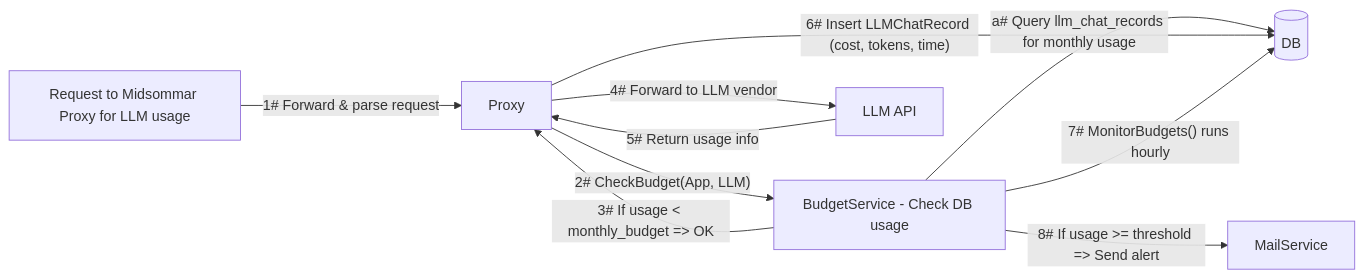
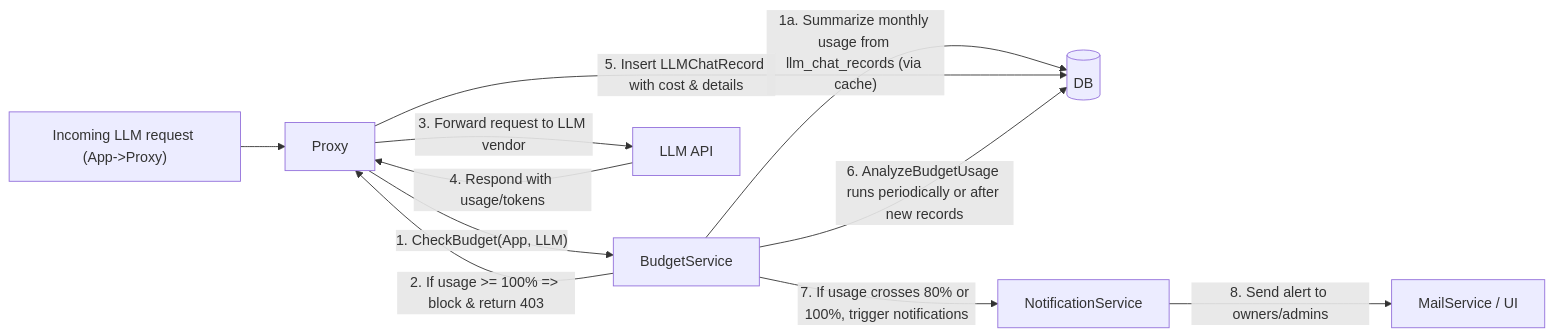
Before and after one commit to TykTechnologies/ai-studio: the diagram in features/Budgeting.md, drawn with Mermaid. The commit also changed other lines of this file and 17 other files, not shown here.

````diff
--- a/features/Budgeting.md
+++ b/features/Budgeting.md
@@ -60,12 +82,13 @@
-```mermaid
+~~~mermaid
 flowchart LR
-    A["Request to Midsommar Proxy for LLM usage"] -- "1# Forward & parse request" --> B["Proxy"]
-    B -- "2# CheckBudget(App, LLM)" --> C["BudgetService - Check DB usage"]
-    C -- "a# Query llm_chat_records for monthly usage" --> D[(DB)]
-    C -- "3# If usage < monthly_budget => OK" --> B
-    B -- "4# Forward to LLM vendor" --> E["LLM API"]
-    E -- "5# Return usage info" --> B
-    B -- "6# Insert LLMChatRecord (cost, tokens, time)" --> D
-    C -- "7# MonitorBudgets() runs hourly" --> D
-    C -- "8# If usage >= threshold => Send alert" --> G["MailService"]
-```
+    A["Incoming LLM request (App->Proxy)"] --> B["Proxy"]
+    B -- "1. CheckBudget(App, LLM)" --> C["BudgetService"]
+    C -- "1a. Summarize monthly usage from llm_chat_records (via cache)" --> D[(DB)]
+    C -- "2. If usage >= 100% => block & return 403" --> B
+    B -- "3. Forward request to LLM vendor" --> E["LLM API"]
+    E -- "4. Respond with usage/tokens" --> B
+    B -- "5. Insert LLMChatRecord with cost & details" --> D
+    C -- "6. AnalyzeBudgetUsage runs periodically or after new records" --> D
+    C -- "7. If usage crosses 80% or 100%, trigger notifications" --> G["NotificationService"]
+    G -- "8. Send alert to owners/admins" --> H["MailService / UI"]
+~~~
````
